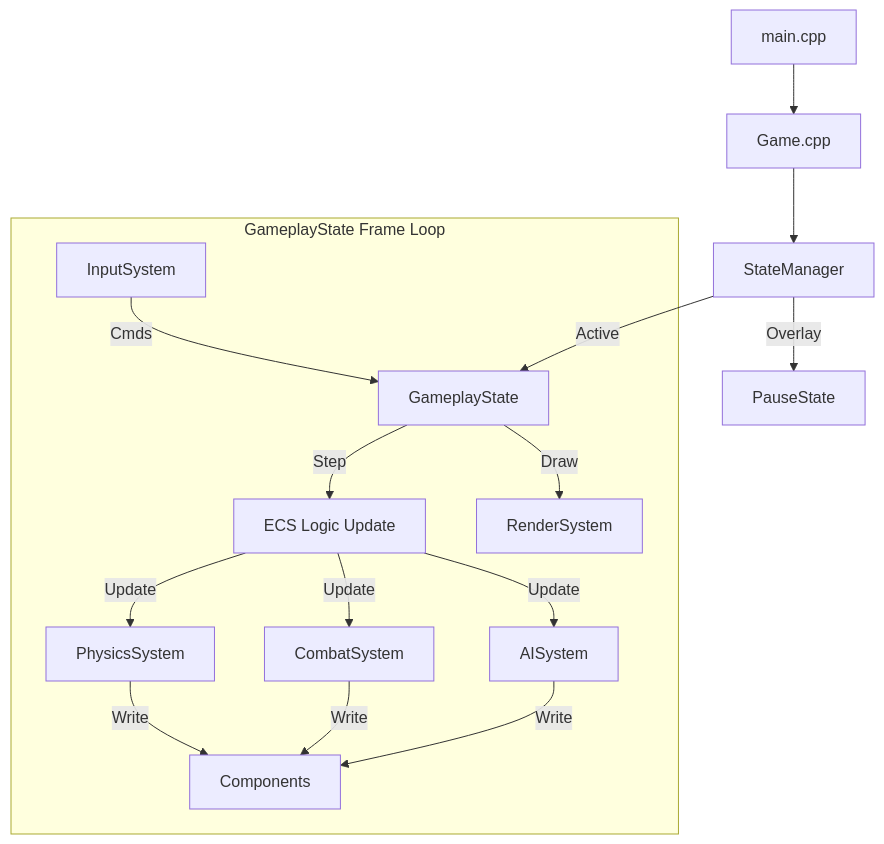
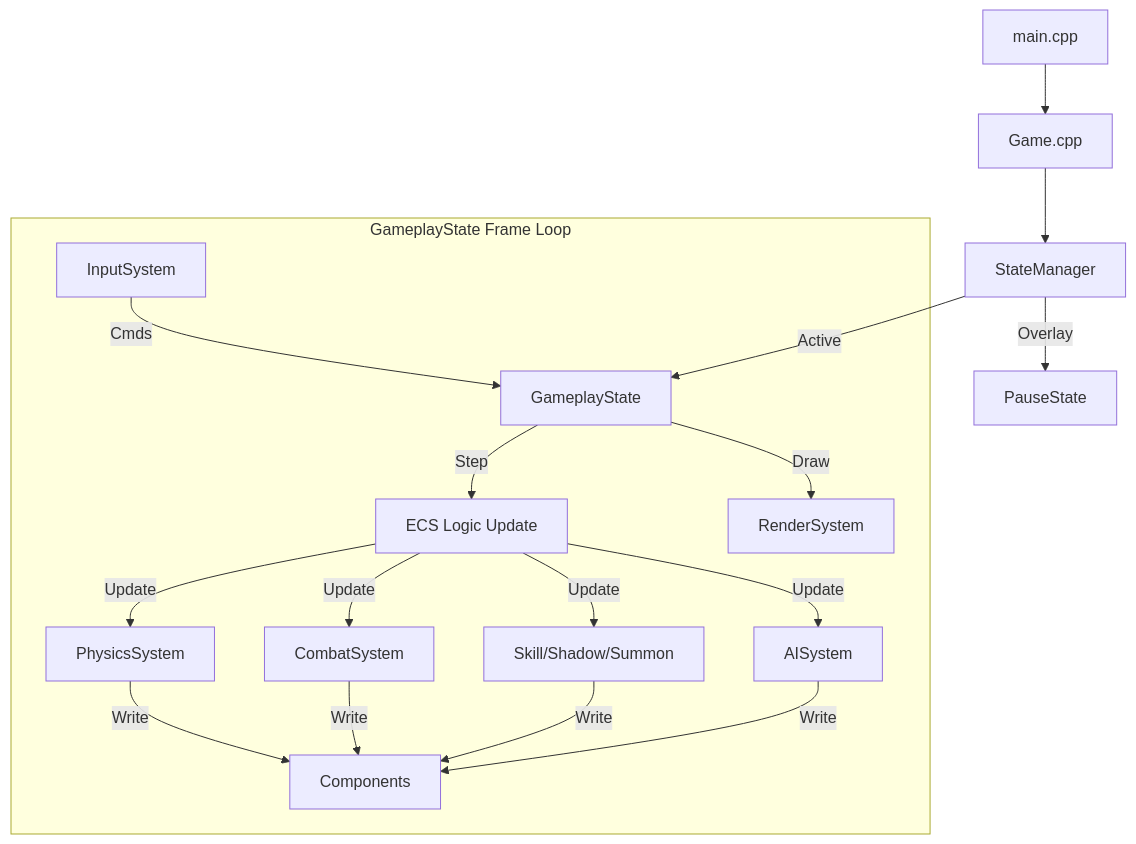
Before and after one commit to bigaym/NoMoreDay: the first of 3 diagrams in structure.md, drawn with Mermaid. The commit also changed other lines of this file, not shown here.

Commit message:
docs: Update structure.md with new systems (Shadow, VisualFX) and refined responsibilities

````diff
--- a/structure.md
+++ b/structure.md
@@ -120,22 +128,24 @@
 ```mermaid
 graph TD
     Entry[main.cpp] --> Game[Game.cpp]
     Game --> StateMgr[StateManager]
     StateMgr -->|Active| Gameplay[GameplayState]
     StateMgr -->|Overlay| Pause[PauseState]
     
     subgraph "GameplayState Frame Loop"
         Input[InputSystem] -->|Cmds| Gameplay
         Gameplay -->|Step| ECS[ECS Logic Update]
         
         ECS -->|Update| Physics[PhysicsSystem]
         ECS -->|Update| Combat[CombatSystem]
+        ECS -->|Update| Skill[Skill/Shadow/Summon]
         ECS -->|Update| AI[AISystem]
         
         Physics -->|Write| Components
         Combat -->|Write| Components
+        Skill -->|Write| Components
         AI -->|Write| Components
         
         Gameplay -->|Draw| Render[RenderSystem]
     end
 ```
````
